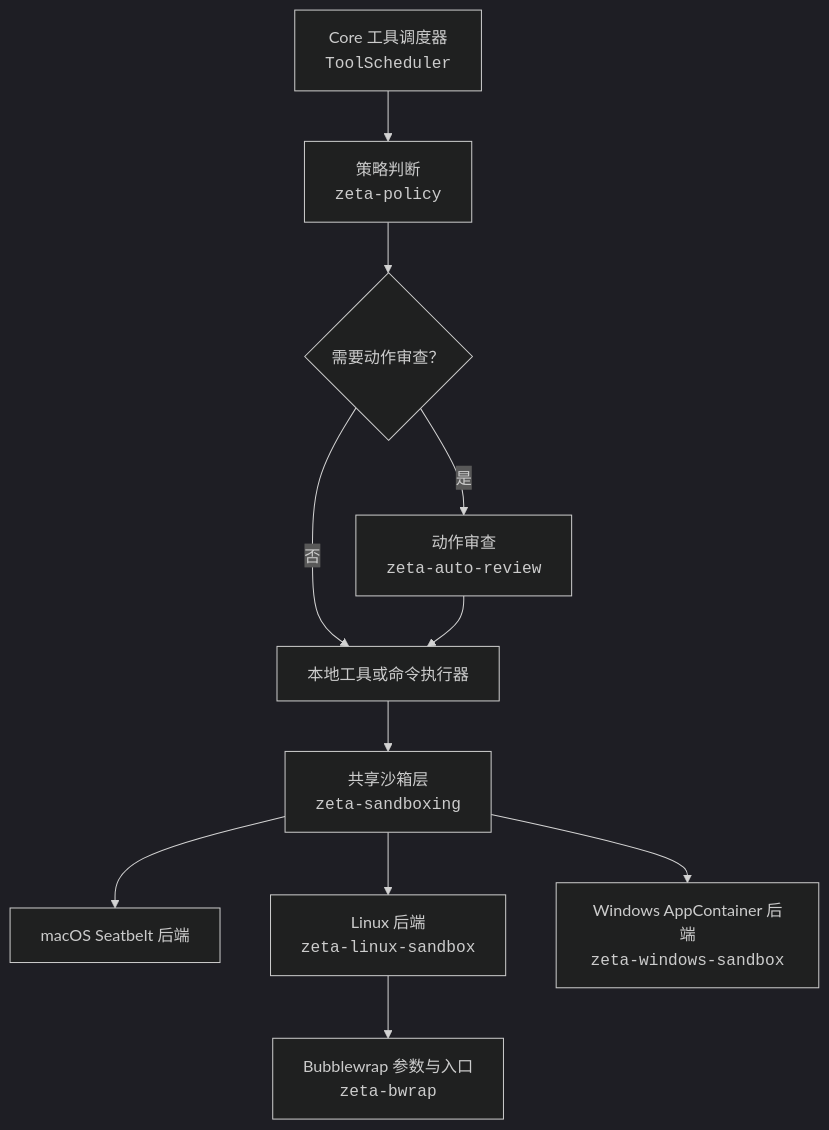
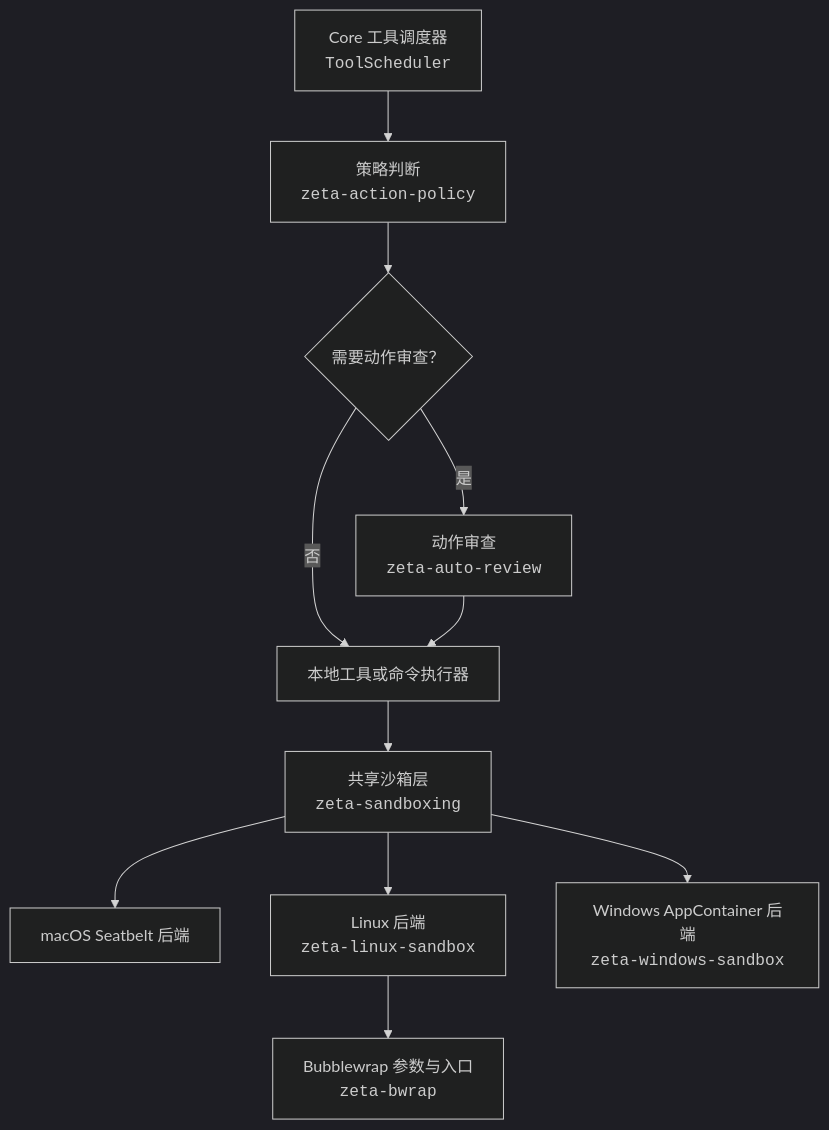
One commit to chogng/zeta changed the diagram in docs/sandboxing.md. Above: the diagram before and after it, drawn with Mermaid (dark theme). The commit also changed other lines of this file and 144 other files, not shown here.

````diff
--- a/docs/sandboxing.md
+++ b/docs/sandboxing.md
@@ -22,13 +22,13 @@
 ```mermaid
 flowchart TD
-    scheduler["Core 工具调度器<br/><code>ToolScheduler</code>"] --> policy["策略判断<br/><code>zeta-policy</code>"]
+    scheduler["Core 工具调度器<br/><code>ToolScheduler</code>"] --> policy["策略判断<br/><code>zeta-action-policy</code>"]
     policy --> review{"需要动作审查？"}
     review -- "是" --> autoReview["动作审查<br/><code>zeta-auto-review</code>"]
     review -- "否" --> executor["本地工具或命令执行器"]
     autoReview --> executor
     executor --> sandboxing["共享沙箱层<br/><code>zeta-sandboxing</code>"]
     sandboxing --> macos["macOS Seatbelt 后端"]
     sandboxing --> linux["Linux 后端<br/><code>zeta-linux-sandbox</code>"]
     linux --> bwrap["Bubblewrap 参数与入口<br/><code>zeta-bwrap</code>"]
     sandboxing --> windows["Windows AppContainer 后端<br/><code>zeta-windows-sandbox</code>"]
 ```
````
